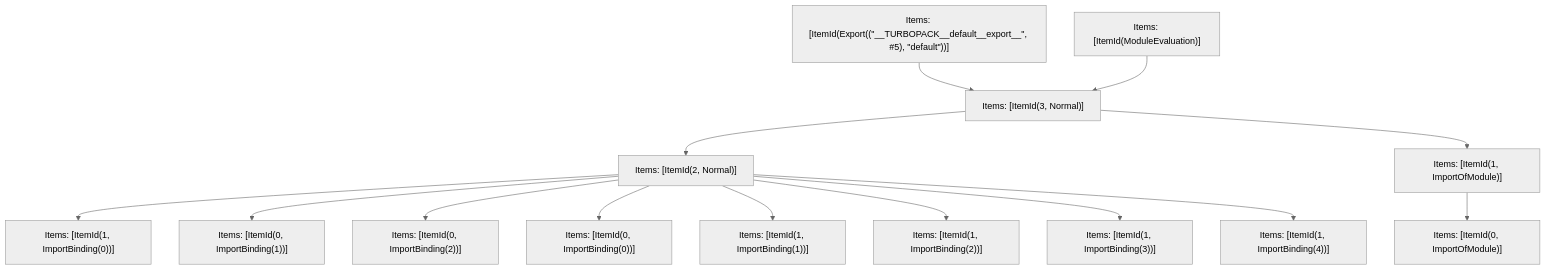
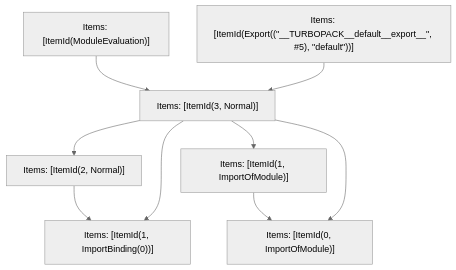
The fifth of 5 diagrams in turbopack/crates/turbopack-ecmascript/tests/tree-shaker/analyzer/amphtml-document/output.md (Sonar-UX-Testing-FreePlan/next.js), drawn with Mermaid (neutral theme) before and after one commit. The commit also changed other lines of this file and 38 other files, not shown here.

````diff
--- a/turbopack/crates/turbopack-ecmascript/tests/tree-shaker/analyzer/amphtml-document/output.md
+++ b/turbopack/crates/turbopack-ecmascript/tests/tree-shaker/analyzer/amphtml-document/output.md
@@ -277,30 +277,18 @@
 ```mermaid
 graph TD
     N0["Items: [ItemId(ModuleEvaluation)]"];
     N1["Items: [ItemId(Export((&quot;__TURBOPACK__default__export__&quot;, #5), &quot;default&quot;))]"];
     N2["Items: [ItemId(0, ImportOfModule)]"];
-    N3["Items: [ItemId(0, ImportBinding(0))]"];
-    N4["Items: [ItemId(0, ImportBinding(1))]"];
-    N5["Items: [ItemId(0, ImportBinding(2))]"];
-    N6["Items: [ItemId(1, ImportOfModule)]"];
-    N7["Items: [ItemId(1, ImportBinding(0))]"];
-    N8["Items: [ItemId(1, ImportBinding(1))]"];
-    N9["Items: [ItemId(1, ImportBinding(2))]"];
-    N10["Items: [ItemId(1, ImportBinding(3))]"];
-    N11["Items: [ItemId(1, ImportBinding(4))]"];
-    N12["Items: [ItemId(2, Normal)]"];
-    N13["Items: [ItemId(3, Normal)]"];
+    N3["Items: [ItemId(1, ImportOfModule)]"];
+    N4["Items: [ItemId(1, ImportBinding(0))]"];
+    N5["Items: [ItemId(2, Normal)]"];
+    N6["Items: [ItemId(3, Normal)]"];
+    N3 --> N2;
+    N5 --> N4;
+    N6 --> N4;
+    N6 --> N3;
+    N0 --> N6;
+    N6 --> N5;
     N6 --> N2;
-    N12 --> N7;
-    N12 --> N4;
-    N12 --> N5;
-    N12 --> N3;
-    N12 --> N8;
-    N12 --> N9;
-    N12 --> N10;
-    N12 --> N11;
-    N13 --> N12;
-    N13 --> N6;
-    N1 --> N13;
-    N0 --> N13;
+    N1 --> N6;
 ```
````
